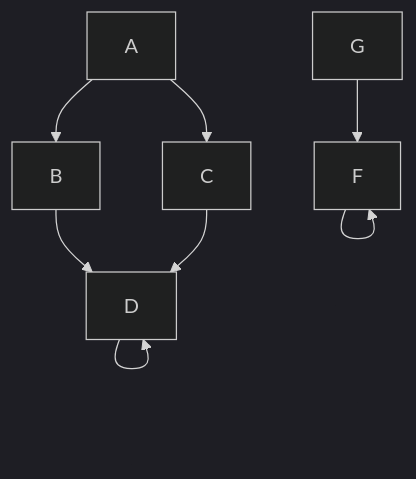
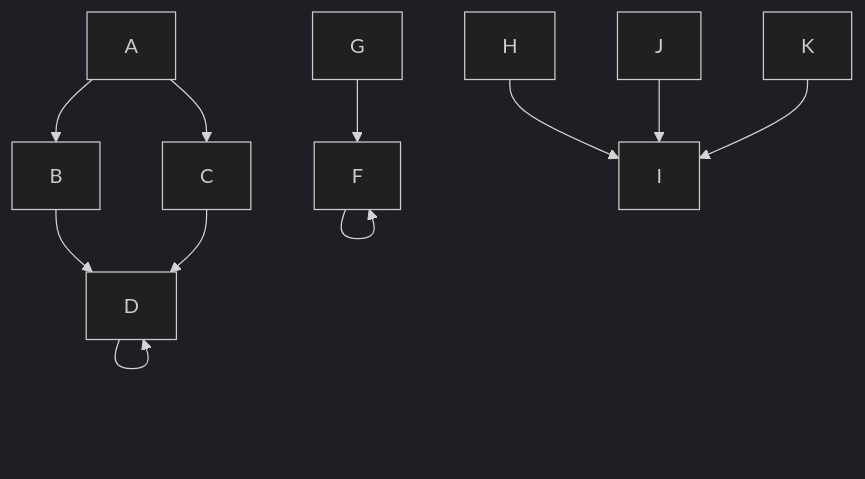
Before and after one commit to danielscarvalho/md-graph: the diagram in README.md, drawn with Mermaid (dark theme).

````diff
--- a/README.md
+++ b/README.md
@@ -4,10 +4,13 @@
 ```mermaid
   graph TD;
       A-->B;
       A-->C;
       B-->D;
       C-->D;
       D-->D;
       F-->F;
       G-->F;
+      H-->I;
+      J-->I;
+      K-->I;
 ```
````
